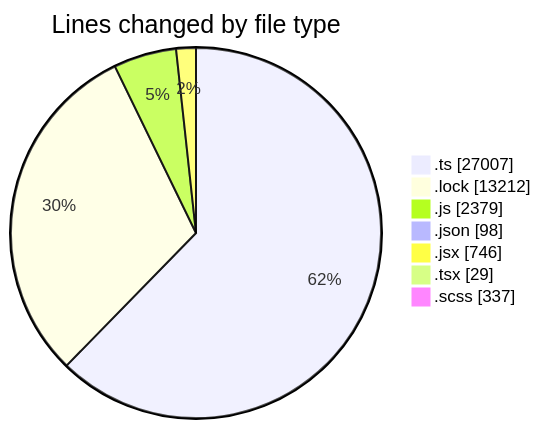
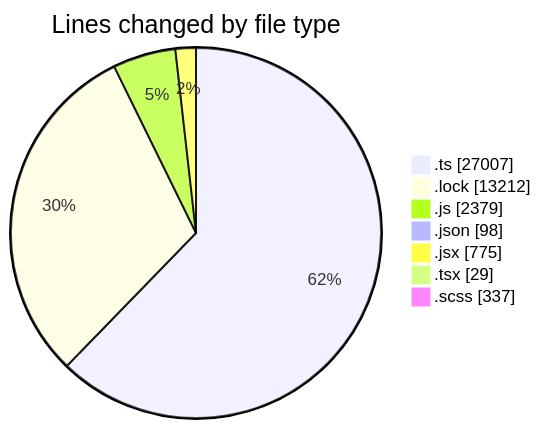
The first of 2 diagrams in 2025-05-16/cda/README.md (momahboobian/code-tracking), drawn with Mermaid before and after one commit. The commit also changed other lines of this file and 1 other file, not shown here.

````diff
--- a/2025-05-16/cda/README.md
+++ b/2025-05-16/cda/README.md
@@ -44,11 +44,11 @@
 ```mermaid
 pie showData
 title Lines changed by file type
 ".ts" : 27007
 ".lock" : 13212
 ".js" : 2379
 ".json" : 98
-".jsx" : 746
+".jsx" : 775
 ".tsx" : 29
 ".scss" : 337
 ```
````
